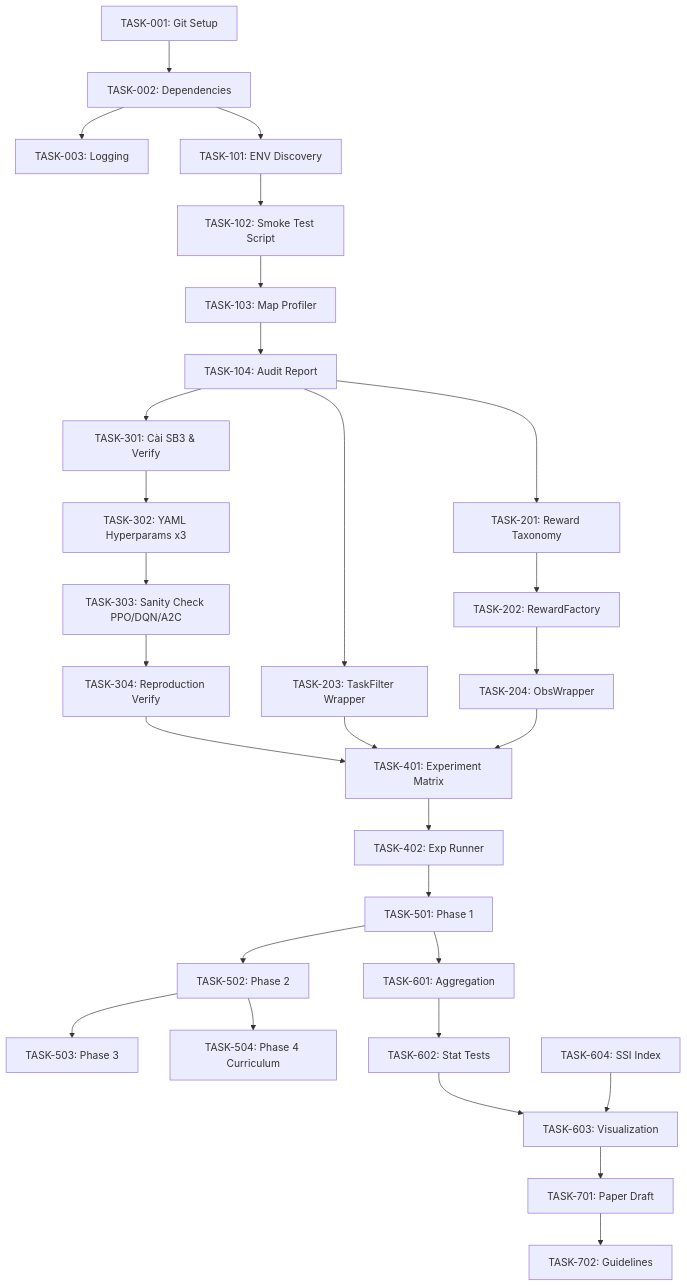
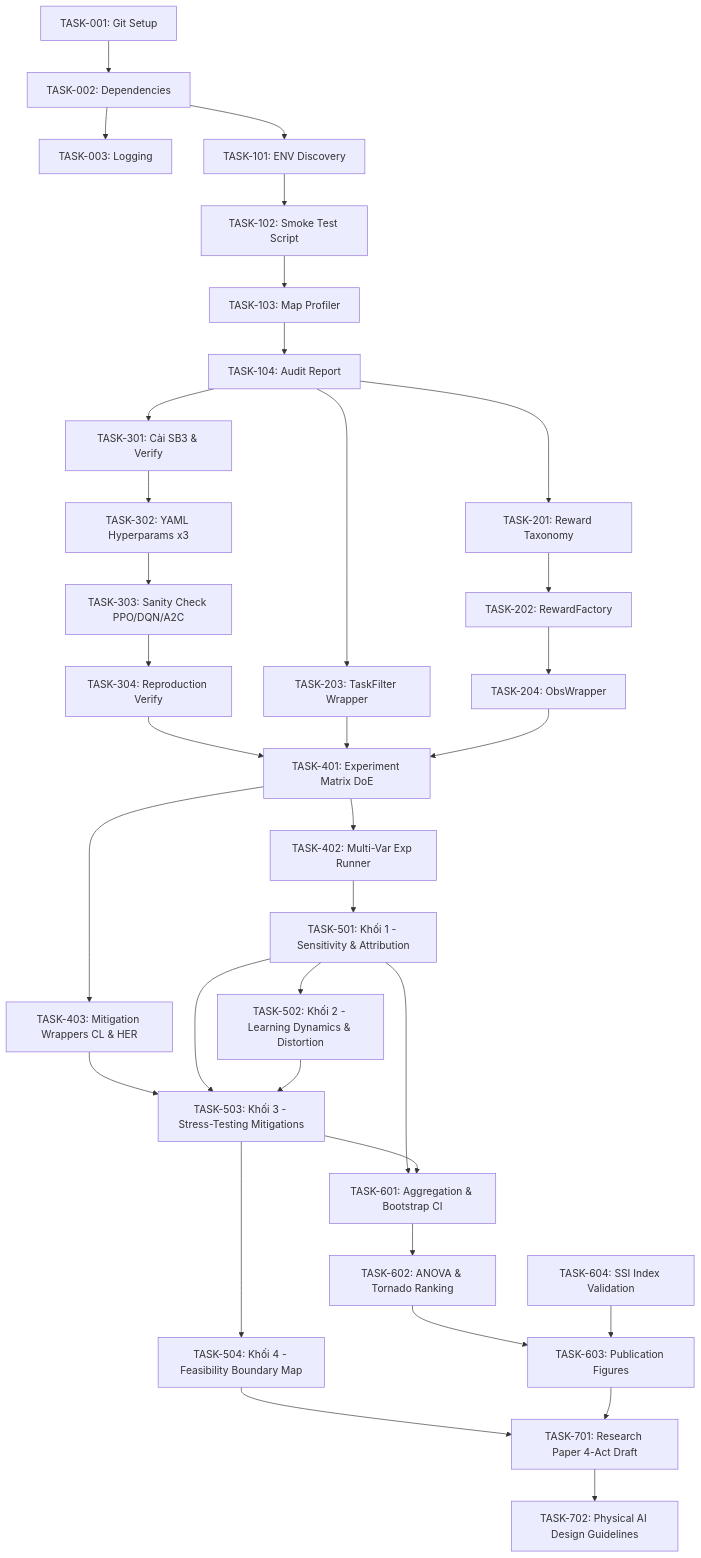
Before and after one commit to Hoainam4406/SIGNAL-STARVATION: the diagram in backlog.md, drawn with Mermaid. The commit also changed other lines of this file, not shown here.

Commit message:
docs(backlog): align EPIC 4 and EPIC 5 with DoE matrix and mitigation stress-testing

````diff
--- a/backlog.md
+++ b/backlog.md
@@ -830,31 +816,36 @@
 ```mermaid
 flowchart TD
     T001[TASK-001: Git Setup] --> T002[TASK-002: Dependencies]
     T002 --> T003[TASK-003: Logging]
     T002 --> T101[TASK-101: ENV Discovery]
     T101 --> T102[TASK-102: Smoke Test Script]
     T102 --> T103[TASK-103: Map Profiler]
     T103 --> T104[TASK-104: Audit Report]
     T104 --> T201[TASK-201: Reward Taxonomy]
     T201 --> T202[TASK-202: RewardFactory]
     T104 --> T203[TASK-203: TaskFilter Wrapper]
     T202 --> T204[TASK-204: ObsWrapper]
     T104 --> T301[TASK-301: Cài SB3 & Verify]
     T301 --> T302[TASK-302: YAML Hyperparams x3]
     T302 --> T303[TASK-303: Sanity Check PPO/DQN/A2C]
     T303 --> T304[TASK-304: Reproduction Verify]
-    T304 --> T401[TASK-401: Experiment Matrix]
+    T304 --> T401[TASK-401: Experiment Matrix DoE]
     T203 --> T401
     T204 --> T401
-    T401 --> T402[TASK-402: Exp Runner]
-    T402 --> T501[TASK-501: Phase 1]
-    T501 --> T502[TASK-502: Phase 2]
-    T502 --> T503[TASK-503: Phase 3]
-    T502 --> T504[TASK-504: Phase 4 Curriculum]
-    T501 --> T601[TASK-601: Aggregation]
-    T601 --> T602[TASK-602: Stat Tests]
-    T602 --> T603[TASK-603: Visualization]
-    T604[TASK-604: SSI Index] --> T603
-    T603 --> T701[TASK-701: Paper Draft]
-    T701 --> T702[TASK-702: Guidelines]
+    T401 --> T402[TASK-402: Multi-Var Exp Runner]
+    T401 --> T403[TASK-403: Mitigation Wrappers CL & HER]
+    T402 --> T501[TASK-501: Khối 1 - Sensitivity & Attribution]
+    T501 --> T502[TASK-502: Khối 2 - Learning Dynamics & Distortion]
+    T403 --> T503[TASK-503: Khối 3 - Stress-Testing Mitigations]
+    T501 --> T503
+    T502 --> T503
+    T503 --> T504[TASK-504: Khối 4 - Feasibility Boundary Map]
+    T501 --> T601[TASK-601: Aggregation & Bootstrap CI]
+    T503 --> T601
+    T601 --> T602[TASK-602: ANOVA & Tornado Ranking]
+    T602 --> T603[TASK-603: Publication Figures]
+    T604[TASK-604: SSI Index Validation] --> T603
+    T504 --> T701[TASK-701: Research Paper 4-Act Draft]
+    T603 --> T701
+    T701 --> T702[TASK-702: Physical AI Design Guidelines]
 ```
````
